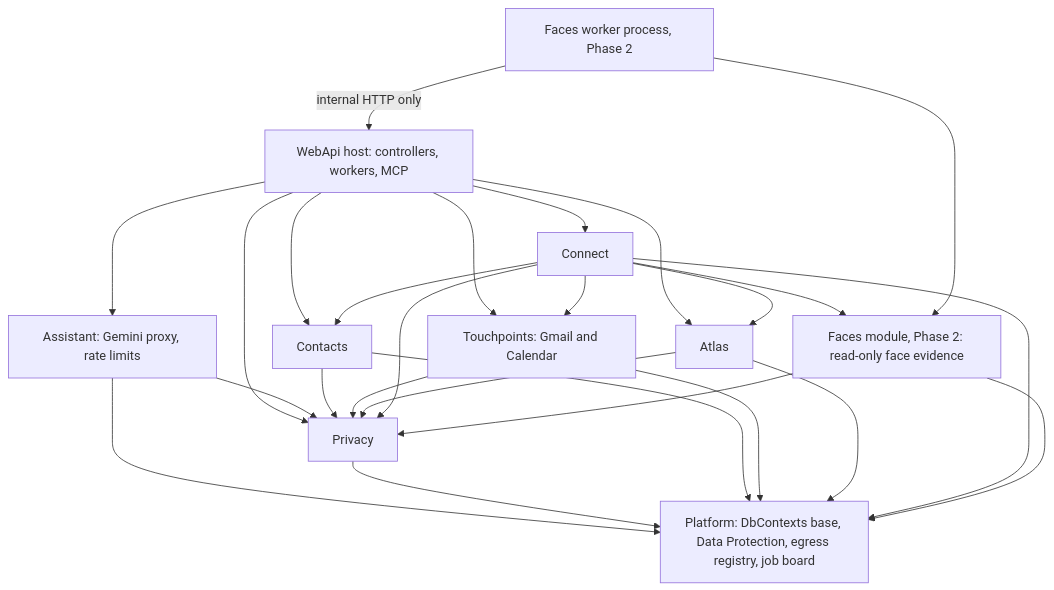
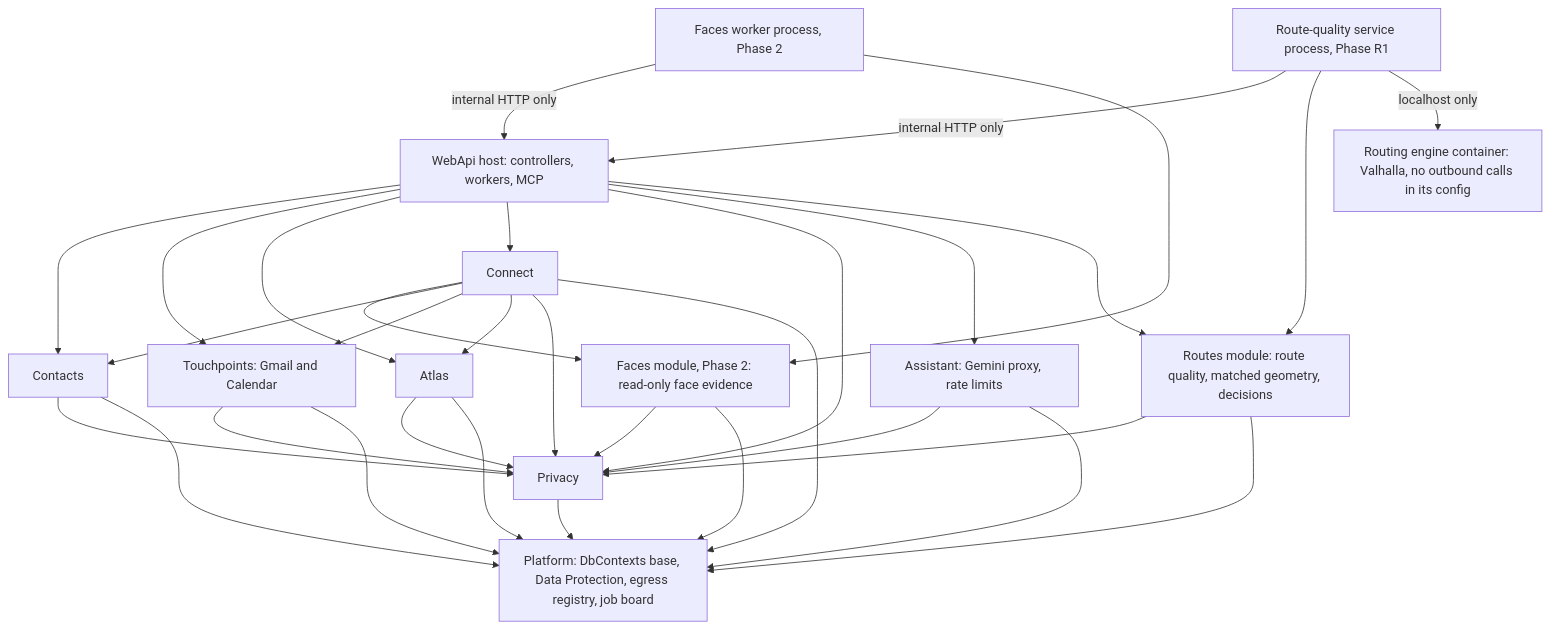
Before and after one commit to mayafit/Contacts: the second of 8 diagrams in docs/planning/echo/architecture.md, drawn with Mermaid. The commit also changed other lines of this file and 2 other files, not shown here.

First line of the commit message:
docs(atlas): plan route quality and road matching (Epic 12)

````diff
--- a/docs/planning/echo/architecture.md
+++ b/docs/planning/echo/architecture.md
@@ -117,28 +117,34 @@
 ```mermaid
 flowchart TD
   web[WebApi host: controllers, workers, MCP] --> contacts[Contacts]
   web --> touch[Touchpoints: Gmail and Calendar]
   web --> atlas[Atlas]
   web --> connect[Connect]
   web --> privacy[Privacy]
   web --> assistant[Assistant: Gemini proxy, rate limits]
   assistant --> privacy
   assistant --> platform
   connect --> facesmod[Faces module, Phase 2: read-only face evidence]
   connect --> contacts
   connect --> touch
   connect --> atlas
   contacts --> privacy
   touch --> privacy
   atlas --> privacy
   connect --> privacy
   privacy --> platform[Platform: DbContexts base, Data Protection, egress registry, job board]
   contacts --> platform
   touch --> platform
   atlas --> platform
   connect --> platform
   facesmod --> privacy
   facesmod --> platform
   faces[Faces worker process, Phase 2] -- internal HTTP only --> web
   faces --> facesmod
+  web --> routesmod[Routes module: route quality, matched geometry, decisions]
+  routesmod --> privacy
+  routesmod --> platform
+  rq[Route-quality service process, Phase R1] -- internal HTTP only --> web
+  rq --> routesmod
+  rq -- localhost only --> engine[Routing engine container: Valhalla, no outbound calls in its config]
 ```
````
